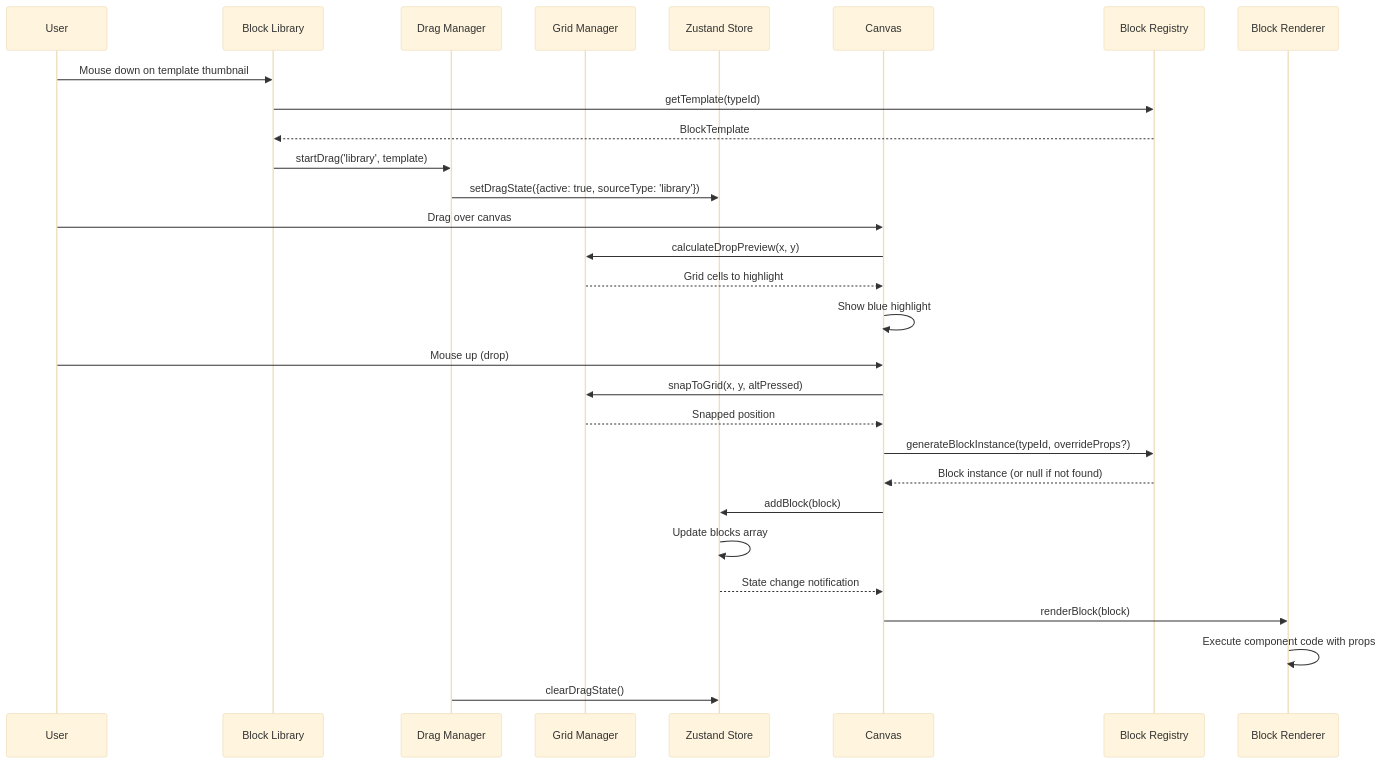
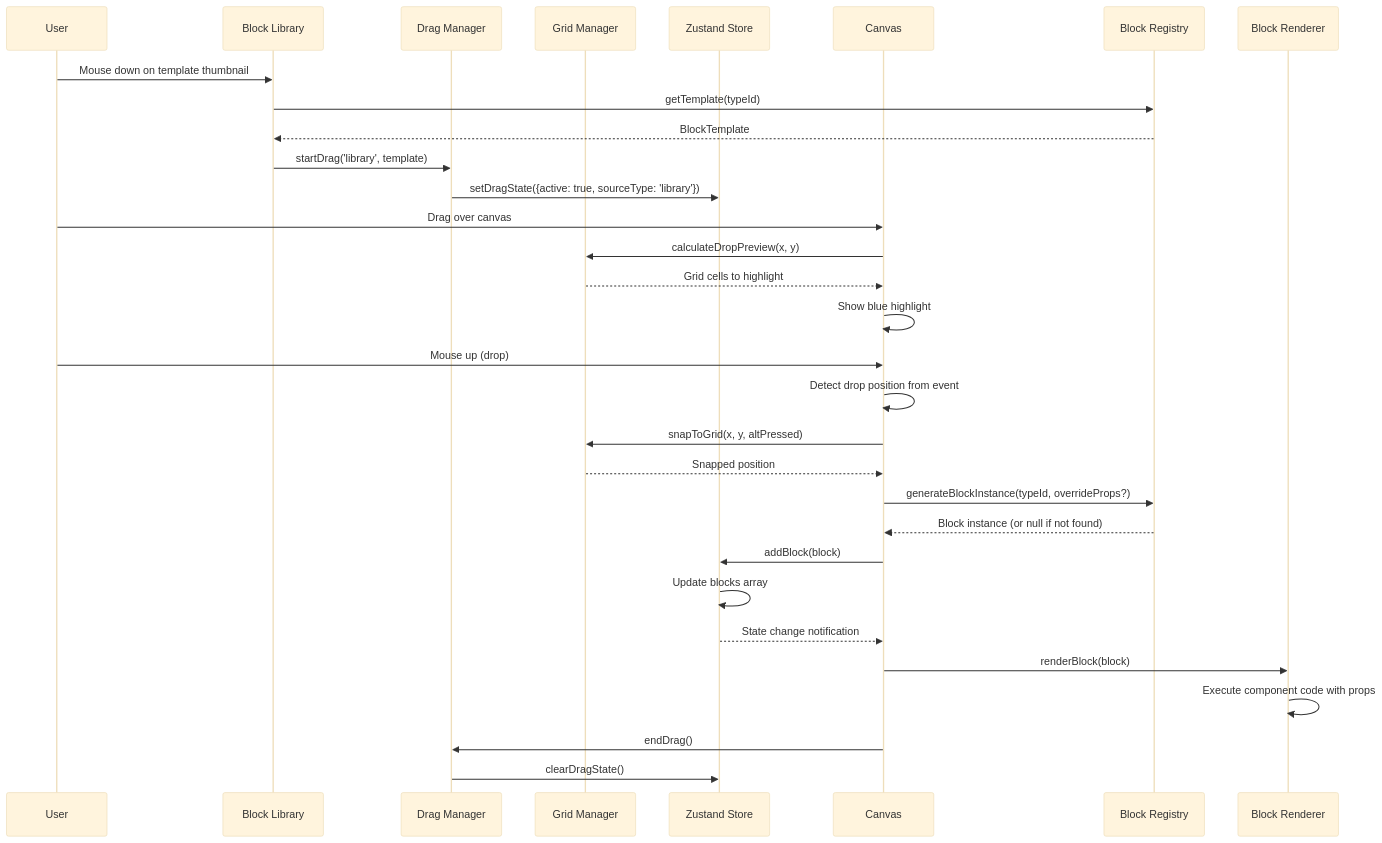
Before and after one commit to litkeys/DraftCN: the first of 5 diagrams in docs/architecture/core-workflows.md, drawn with Mermaid (base theme). The commit also changed other lines of this file and 8 other files, not shown here.

````diff
--- a/docs/architecture/core-workflows.md
+++ b/docs/architecture/core-workflows.md
@@ -5,34 +5,36 @@
 ```mermaid
 sequenceDiagram
     participant User
     participant Sidebar as Block Library
     participant DragMgr as Drag Manager
     participant GridMgr as Grid Manager
     participant Store as Zustand Store
     participant Canvas
     participant Registry as Block Registry
     participant Renderer as Block Renderer
 
     User->>Sidebar: Mouse down on template thumbnail
     Sidebar->>Registry: getTemplate(typeId)
     Registry-->>Sidebar: BlockTemplate
     Sidebar->>DragMgr: startDrag('library', template)
     DragMgr->>Store: setDragState({active: true, sourceType: 'library'})
     
     User->>Canvas: Drag over canvas
     Canvas->>GridMgr: calculateDropPreview(x, y)
     GridMgr-->>Canvas: Grid cells to highlight
     Canvas->>Canvas: Show blue highlight
     
     User->>Canvas: Mouse up (drop)
+    Canvas->>Canvas: Detect drop position from event
     Canvas->>GridMgr: snapToGrid(x, y, altPressed)
     GridMgr-->>Canvas: Snapped position
     Canvas->>Registry: generateBlockInstance(typeId, overrideProps?)
     Registry-->>Canvas: Block instance (or null if not found)
     Canvas->>Store: addBlock(block)
     Store->>Store: Update blocks array
     Store-->>Canvas: State change notification
     Canvas->>Renderer: renderBlock(block)
     Renderer->>Renderer: Execute component code with props
+    Canvas->>DragMgr: endDrag()
     DragMgr->>Store: clearDragState()
 ```
````
